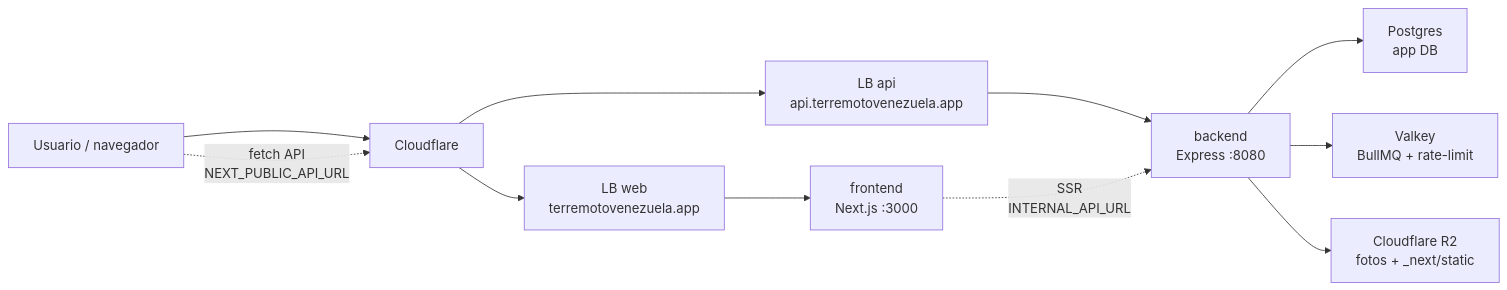
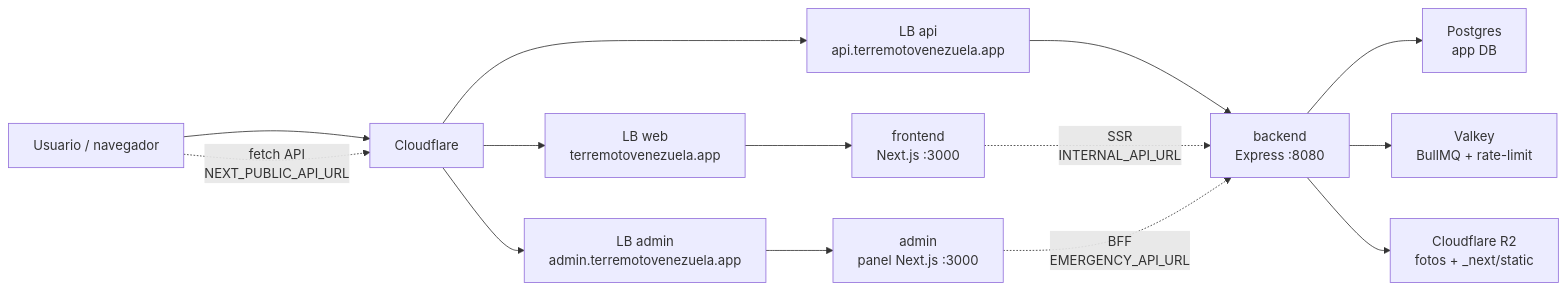
The diagram in docs/architecture/architecture.md (GlobalEmergency/mapa-emergencia-rescate), drawn with Mermaid before and after one commit. The commit also changed other lines of this file and 95 other files, not shown here.

````diff
--- a/docs/architecture/architecture.md
+++ b/docs/architecture/architecture.md
@@ -25,20 +29,24 @@
 ```mermaid
 flowchart LR
     user["Usuario / navegador"]
     cf["Cloudflare"]
     webLb["LB web<br/>terremotovenezuela.app"]
     apiLb["LB api<br/>api.terremotovenezuela.app"]
+    adminLb["LB admin<br/>admin.terremotovenezuela.app"]
     frontend["frontend<br/>Next.js :3000"]
     backend["backend<br/>Express :8080"]
+    admin["admin<br/>panel Next.js :3000"]
     pg["Postgres<br/>app DB"]
     valkey["Valkey<br/>BullMQ + rate-limit"]
     r2["Cloudflare R2<br/>fotos + _next/static"]
 
     user --> cf --> webLb --> frontend
     user -.fetch API<br/>NEXT_PUBLIC_API_URL.-> cf
     cf --> apiLb --> backend
+    cf --> adminLb --> admin
     frontend -.SSR<br/>INTERNAL_API_URL.-> backend
+    admin -.BFF<br/>EMERGENCY_API_URL.-> backend
     backend --> pg
     backend --> valkey
     backend --> r2
 ```
````
